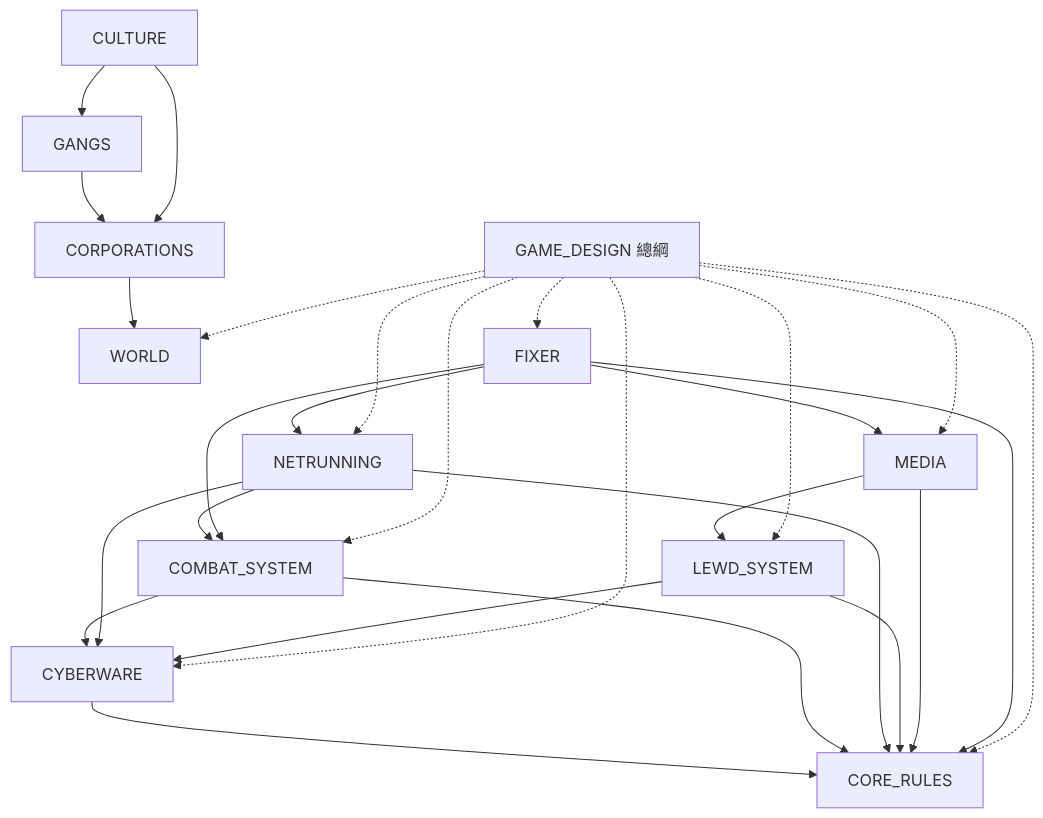
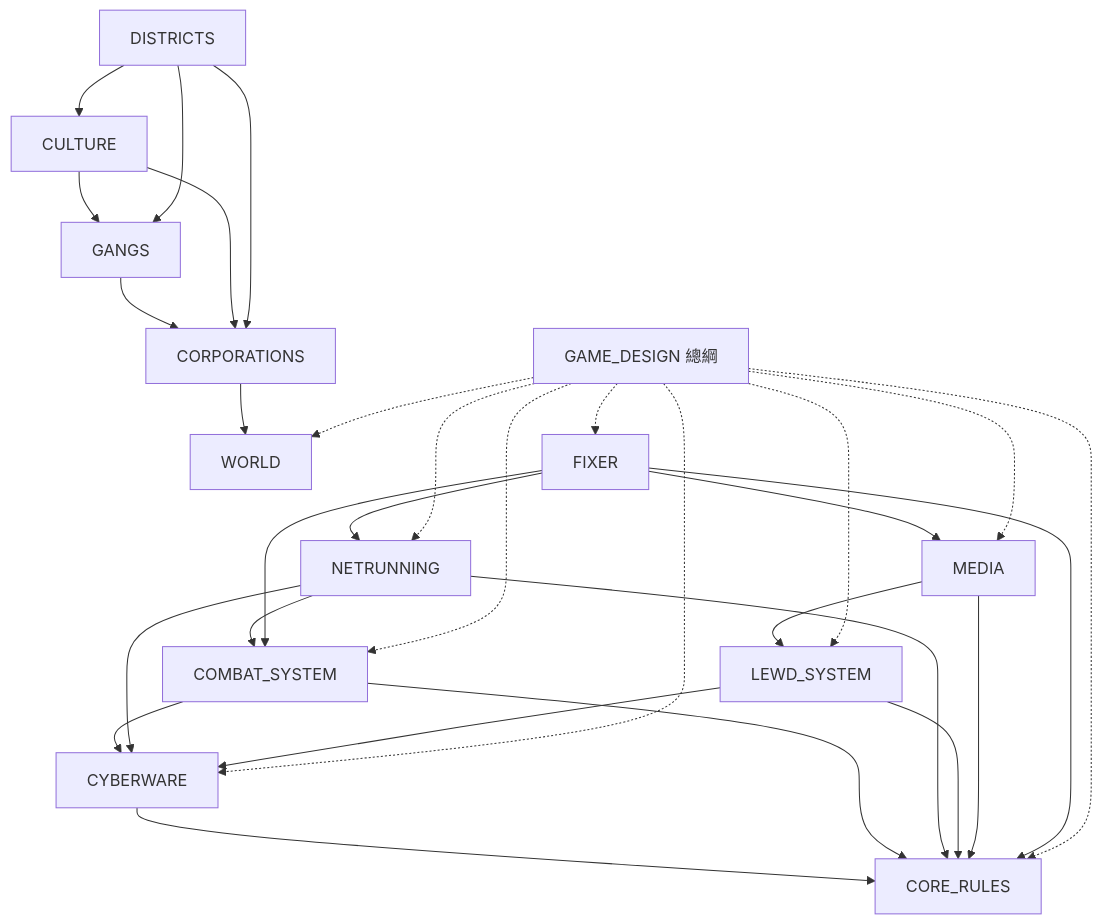
One commit to yellow630914/CyberpunkPink changed the diagram in docs/README.md. Above: the diagram before and after it, drawn with Mermaid. The commit also changed other lines of this file and 8 other files, not shown here.

````diff
--- a/docs/README.md
+++ b/docs/README.md
@@ -39,25 +40,28 @@
 ```mermaid
 flowchart TD
   GD[GAME_DESIGN 總綱]
   WD[WORLD]
   CO[CORPORATIONS] --> WD
   GA[GANGS] --> CO
   CU[CULTURE] --> CO
   CU --> GA
+  DI[DISTRICTS] --> CO
+  DI --> GA
+  DI --> CU
   CR[CORE_RULES]
   CW[CYBERWARE] --> CR
   CB[COMBAT_SYSTEM] --> CR
   CB --> CW
   NR[NETRUNNING] --> CR
   NR --> CW
   NR --> CB
   LS[LEWD_SYSTEM] --> CR
   LS --> CW
   MD[MEDIA] --> CR
   MD --> LS
   FX[FIXER] --> CR
   FX --> CB
   FX --> NR
   FX --> MD
   GD -.-> WD & CR & CW & CB & NR & LS & MD & FX
 ```
````
